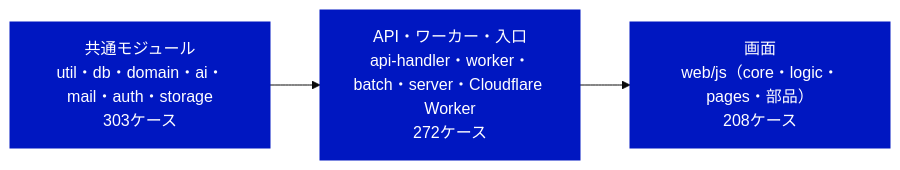
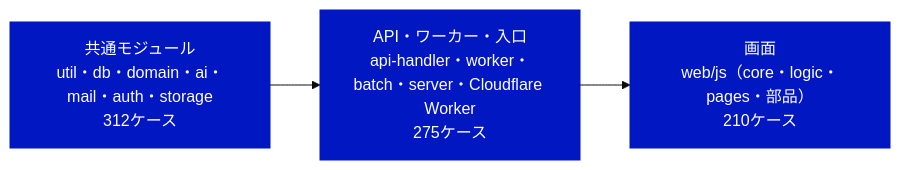
The first of 4 diagrams in documents/モジュールテスト結果報告書_RPG学習アプリ.md (pocarialice/rpglearning), drawn with Mermaid (base theme) before and after one commit. The commit also changed other lines of this file and 34 other files, not shown here.

````diff
--- a/documents/モジュールテスト結果報告書_RPG学習アプリ.md
+++ b/documents/モジュールテスト結果報告書_RPG学習アプリ.md
@@ -23,7 +23,7 @@
 ```mermaid
 flowchart LR
-  A["共通モジュール<br>util・db・domain・ai・mail・auth・storage<br>303ケース"]:::done --> B["API・ワーカー・入口<br>api-handler・worker・batch・server・Cloudflare Worker<br>272ケース"]:::done
-  B --> C["画面<br>web/js（core・logic・pages・部品）<br>208ケース"]:::done
+  A["共通モジュール<br>util・db・domain・ai・mail・auth・storage<br>312ケース"]:::done --> B["API・ワーカー・入口<br>api-handler・worker・batch・server・Cloudflare Worker<br>275ケース"]:::done
+  B --> C["画面<br>web/js（core・logic・pages・部品）<br>210ケース"]:::done
   classDef done fill:#0017C1,color:#fff,stroke:#0017C1
   classDef todo fill:#fff,color:#414141,stroke:#B4B4B4,stroke-dasharray:4 3
 ```
````
